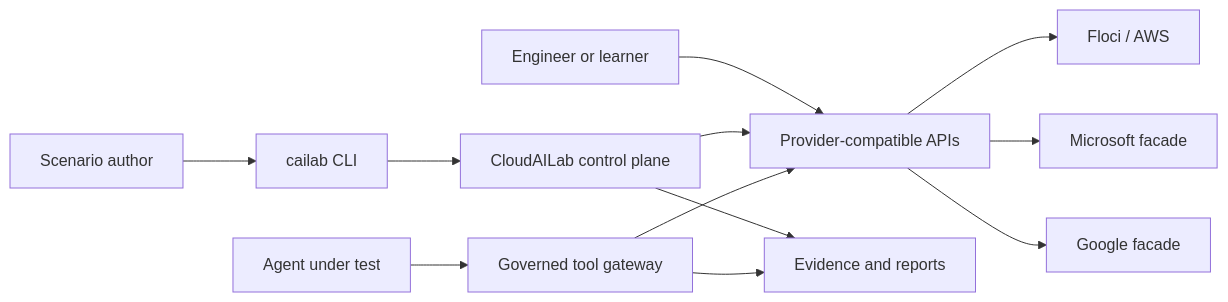
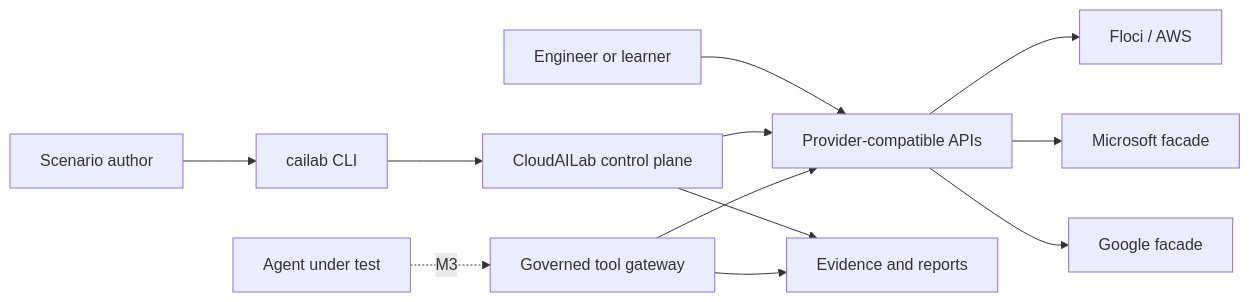
One commit to msinclair25/cailab changed the first of 2 diagrams in docs/02-architecture/system-architecture.md. Above: the diagram before and after it, drawn with Mermaid. The commit also changed other lines of this file and 40 other files, not shown here.

````diff
--- a/docs/02-architecture/system-architecture.md
+++ b/docs/02-architecture/system-architecture.md
@@ -12,14 +12,14 @@
 ```mermaid
 flowchart LR
     Author["Scenario author"] --> CLI["cailab CLI"]
     Learner["Engineer or learner"] --> APIs["Provider-compatible APIs"]
-    Agent["Agent under test"] --> Gateway["Governed tool gateway"]
+    Agent["Agent under test"] -. M3 .-> Gateway["Governed tool gateway"]
     CLI --> Core["CloudAILab control plane"]
     Core --> APIs
     Gateway --> APIs
     APIs --> AWS["Floci / AWS"]
     APIs --> MS["Microsoft facade"]
     APIs --> Google["Google facade"]
     Core --> Reports["Evidence and reports"]
     Gateway --> Reports
 ```
````
